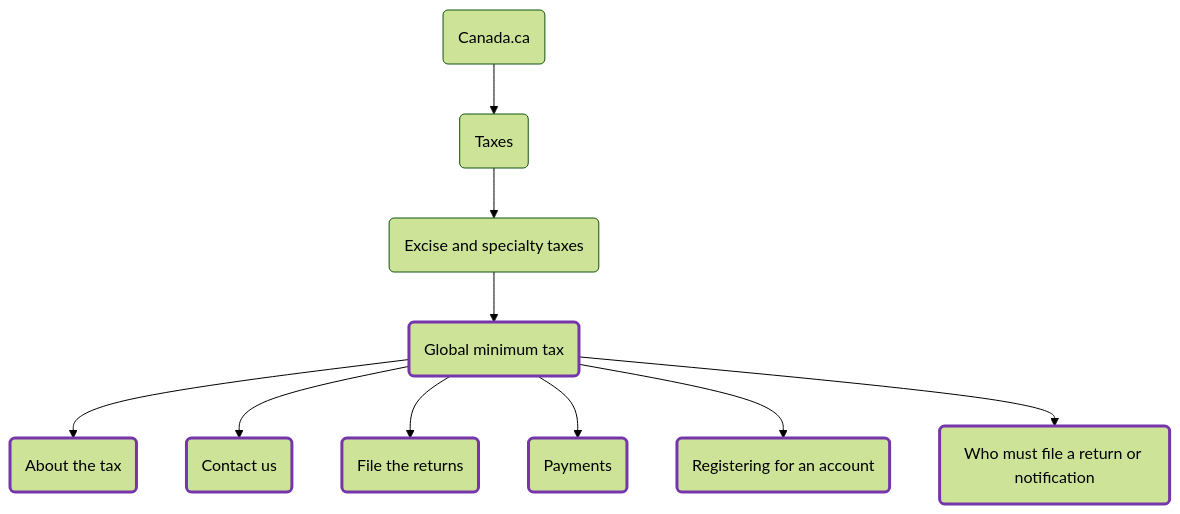
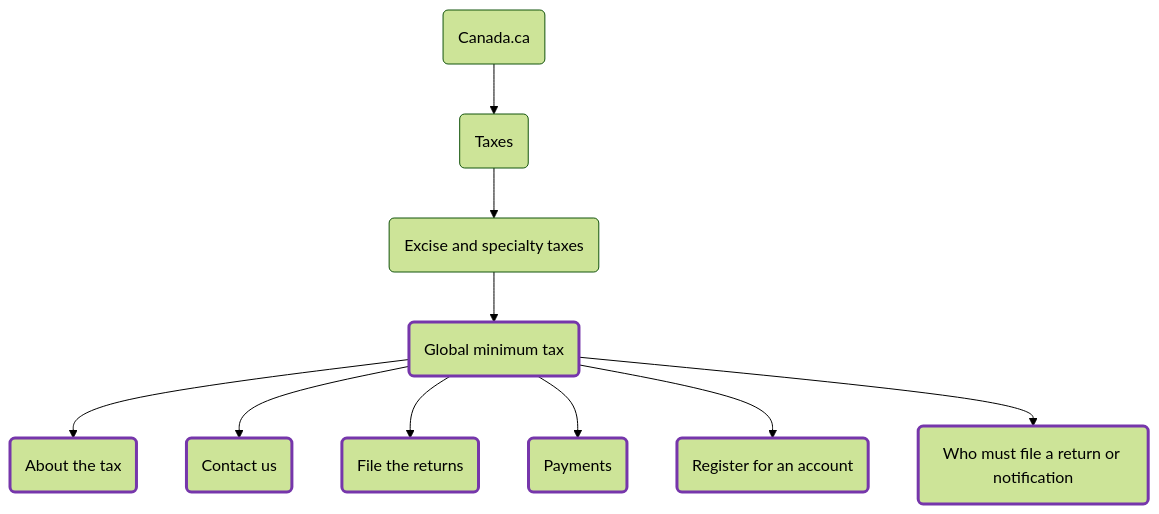
The diagram in README.md (cra-proto/gmt-updates-2026), drawn with Mermaid (forest theme) before and after one commit. The commit also changed 8 other files, not shown here.

````diff
--- a/README.md
+++ b/README.md
@@ -32,34 +32,34 @@
 ```mermaid
 flowchart TD;
     node1(Canada.ca)
     node2(Taxes)
     node3(Excise and specialty taxes)
     node4(Global minimum tax)
     node5(About the tax)
     node6(Contact us)
     node7(File the returns)
     node8(Payments)
-    node9(Registering for an account)
+    node9(Register for an account)
     node10(Who must file a return or notification)
     node1 --> node2
     node2 --> node3
     node3 --> node4
     node4 --> node5
     node4 --> node6
     node4 --> node7
     node4 --> node8
     node4 --> node9
     node4 --> node10
     click node1 "https://www.canada.ca/en.html" _blank
     click node2 "https://www.canada.ca/en/services/taxes.html" _blank
     click node3 "https://www.canada.ca/en/services/taxes/excise-taxes-duties-and-levies.html" _blank
     click node4 "https://www.canada.ca/en/services/taxes/excise-taxes-duties-and-levies/global-minimum-tax.html" _blank
     click node5 "https://www.canada.ca/en/services/taxes/excise-taxes-duties-and-levies/global-minimum-tax/about.html" _blank
     click node6 "https://www.canada.ca/en/services/taxes/excise-taxes-duties-and-levies/global-minimum-tax/contact.html" _blank
     click node7 "https://www.canada.ca/en/services/taxes/excise-taxes-duties-and-levies/global-minimum-tax/file-returns.html" _blank
     click node8 "https://www.canada.ca/en/services/taxes/excise-taxes-duties-and-levies/global-minimum-tax/pay-the-tax.html" _blank
     click node9 "https://www.canada.ca/en/services/taxes/excise-taxes-duties-and-levies/global-minimum-tax/register-account.html" _blank
     click node10 "https://www.canada.ca/en/services/taxes/excise-taxes-duties-and-levies/global-minimum-tax/who-must-file.html" _blank
     classDef inscope stroke:#7636ab,stroke-width:3px
     class node4,node5,node6,node7,node8,node9,node10 inscope
 ```
````
